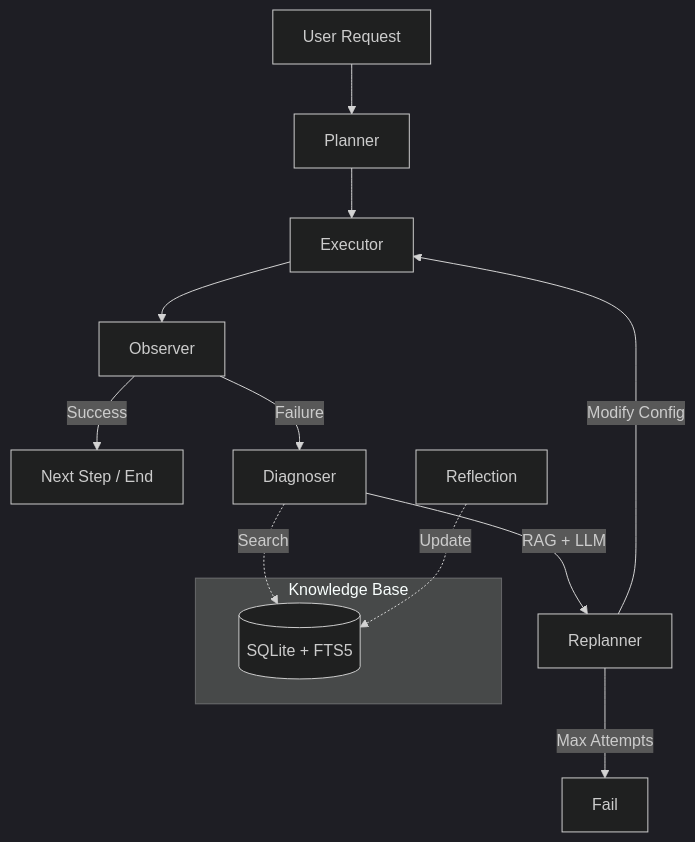
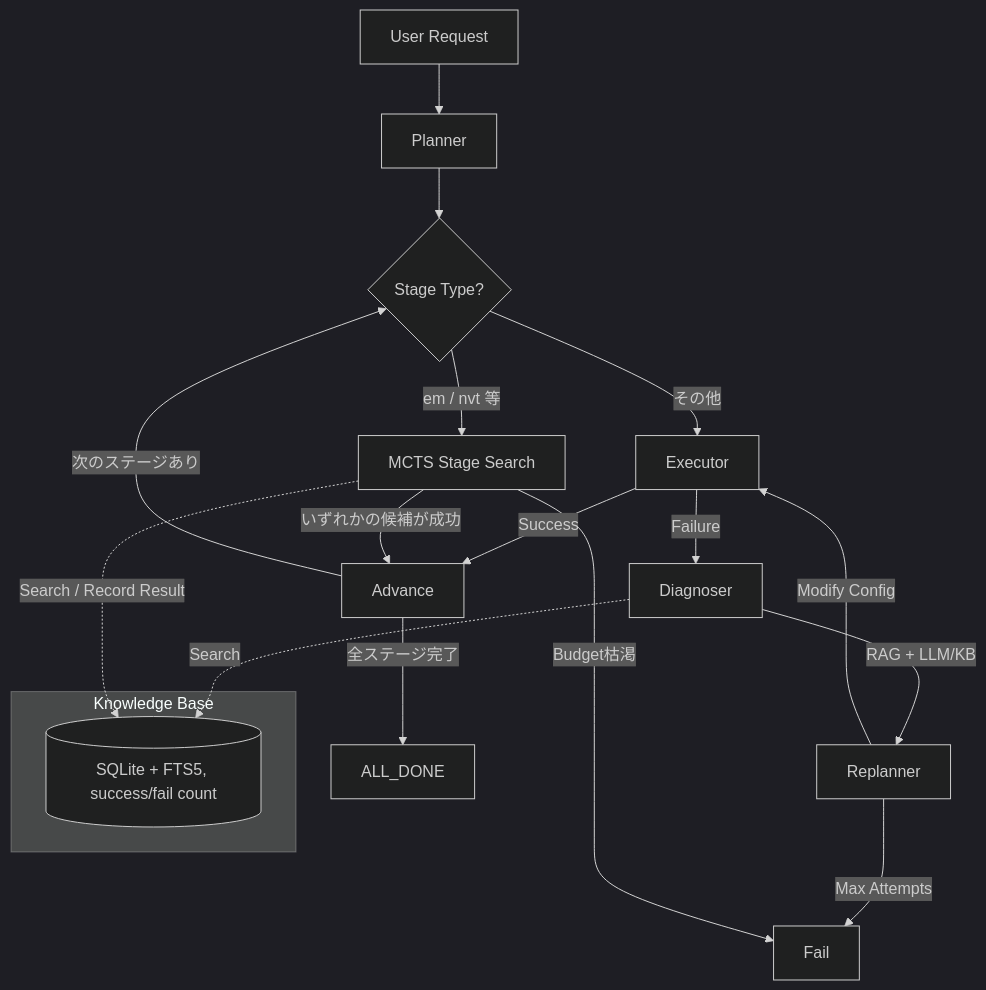
One commit to nakamura26002002921-a11y/gromacs-master changed the diagram in README.md. Above: the diagram before and after it, drawn with Mermaid (dark theme). The commit also changed other lines of this file, not shown here.

````diff
--- a/README.md
+++ b/README.md
@@ -51,17 +67,22 @@
 ```mermaid
 graph TD
     User[User Request] --> Planner
-    Planner --> Executor
-    Executor --> Observer
-    Observer -->|Success| NextStep[Next Step / End]
-    Observer -->|Failure| Diagnoser
-    Diagnoser -->|RAG + LLM| Replanner
+    Planner --> Router{Stage Type?}
+    Router -->|em / nvt 等| MCTS[MCTS Stage Search]
+    Router -->|その他| Executor
+    Executor -->|Success| Advance
+    Executor -->|Failure| Diagnoser
+    Diagnoser -->|RAG + LLM/KB| Replanner
     Replanner -->|Modify Config| Executor
-    Replanner -->|Max Attempts| End[Fail]
-    
+    Replanner -->|Max Attempts| StageFailed[Fail]
+    MCTS -->|いずれかの候補が成功| Advance
+    MCTS -->|Budget枯渇| StageFailed
+    Advance -->|次のステージあり| Router
+    Advance -->|全ステージ完了| Done[ALL_DONE]
+
     subgraph "Knowledge Base"
-        DB[(SQLite + FTS5)]
+        DB[(SQLite + FTS5, success/fail count)]
     end
     Diagnoser -.->|Search| DB
-    Reflection -.->|Update| DB
+    MCTS -.->|Search / Record Result| DB
 ```
````
